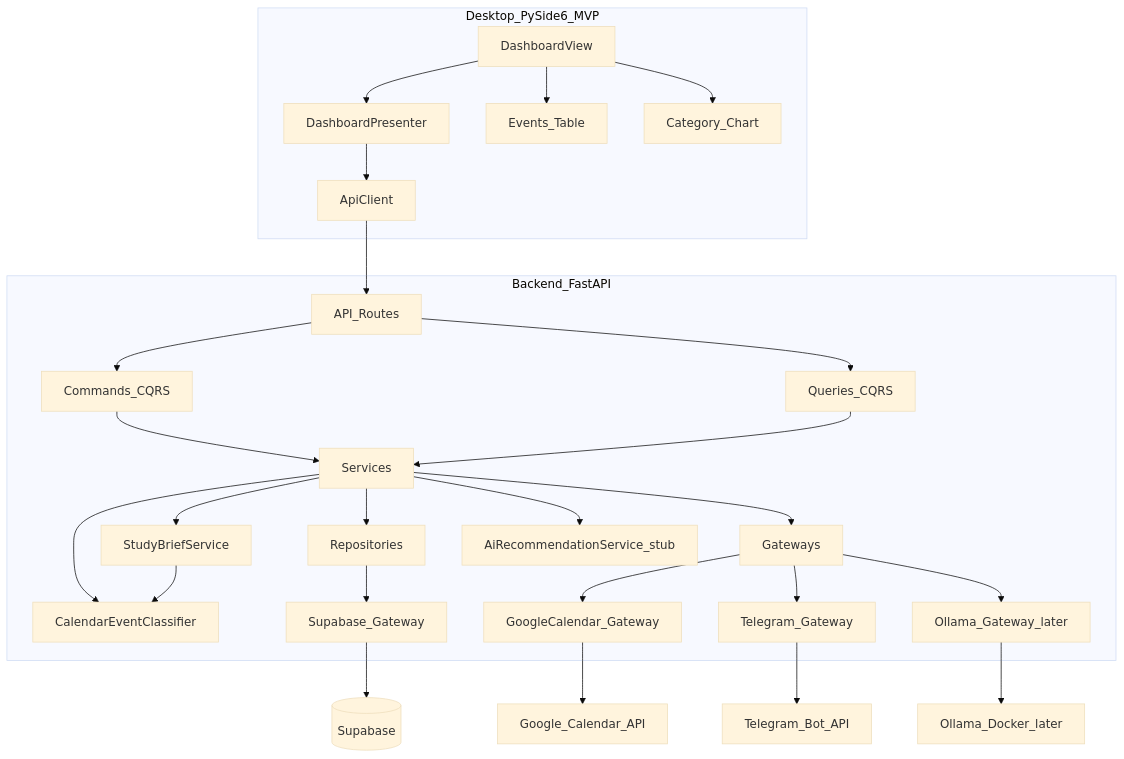
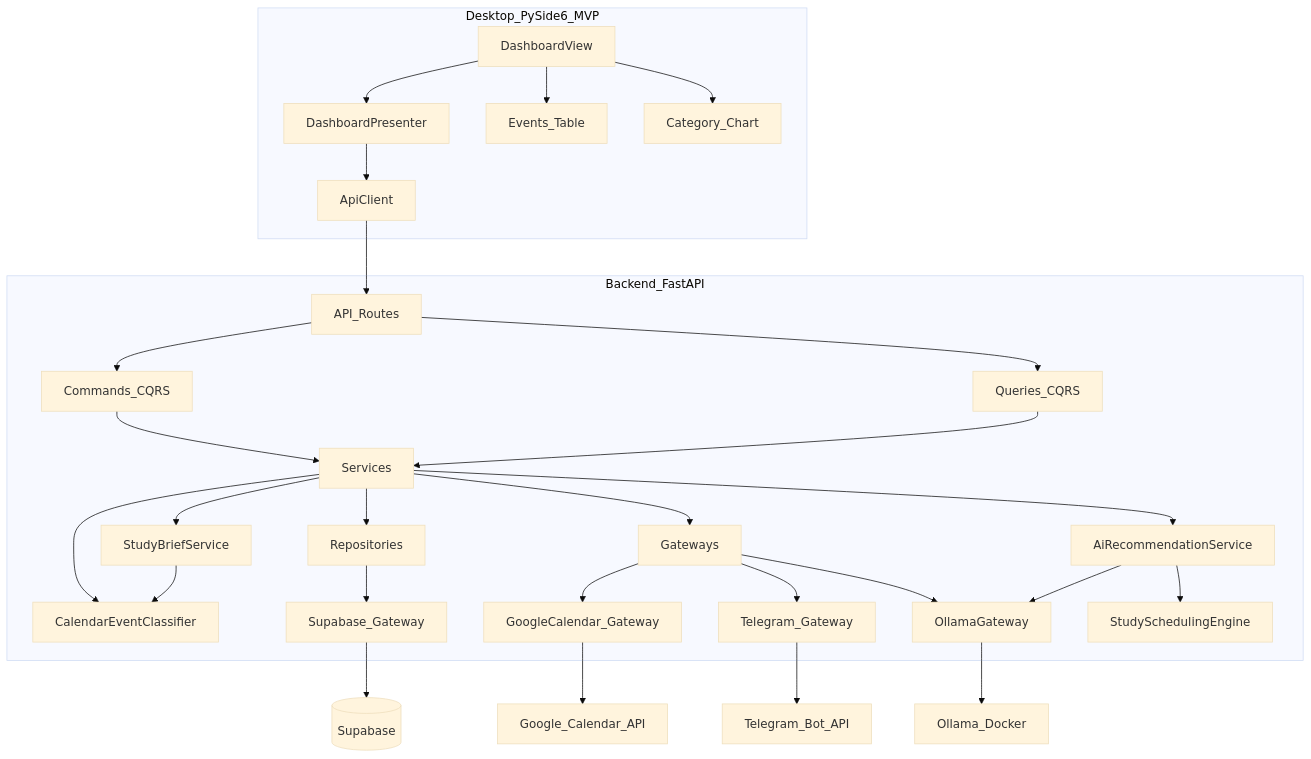
The diagram in docs/ARCHITECTURE.md (ayalaozeri05/AI-Calendar-Study-Assistant), drawn with Mermaid (base theme) before and after one commit. The commit also changed other lines of this file and 64 other files, not shown here.

````diff
--- a/docs/ARCHITECTURE.md
+++ b/docs/ARCHITECTURE.md
@@ -11,32 +11,34 @@
 ```mermaid
 flowchart TB
   subgraph desktop [Desktop_PySide6_MVP]
     DashboardView --> DashboardPresenter
     DashboardPresenter --> ApiClient
     DashboardView --> EventTable[Events_Table]
     DashboardView --> CategoryChart[Category_Chart]
   end
 
   subgraph backend [Backend_FastAPI]
     ApiClient --> ApiRoutes[API_Routes]
     ApiRoutes --> Commands[Commands_CQRS]
     ApiRoutes --> Queries[Queries_CQRS]
     Commands --> Services
     Queries --> Services
     Services --> Repositories
     Services --> Gateways
     Services --> BriefService[StudyBriefService]
     Services --> Classifier[CalendarEventClassifier]
-    Services --> AiPlaceholder[AiRecommendationService_stub]
+    Services --> AiSvc[AiRecommendationService]
     Repositories --> SupabaseGW[Supabase_Gateway]
     Gateways --> GoogleGW[GoogleCalendar_Gateway]
     Gateways --> TelegramGW[Telegram_Gateway]
-    Gateways --> OllamaGW[Ollama_Gateway_later]
+    Gateways --> OllamaGW[OllamaGateway]
     BriefService --> Classifier
+    AiSvc --> Engine[StudySchedulingEngine]
+    AiSvc --> OllamaGW
   end
 
   SupabaseGW --> Supabase[(Supabase)]
   GoogleGW --> GoogleCal[Google_Calendar_API]
   TelegramGW --> Telegram[Telegram_Bot_API]
-  OllamaGW --> Ollama[Ollama_Docker_later]
+  OllamaGW --> Ollama[Ollama_Docker]
 ```
````
